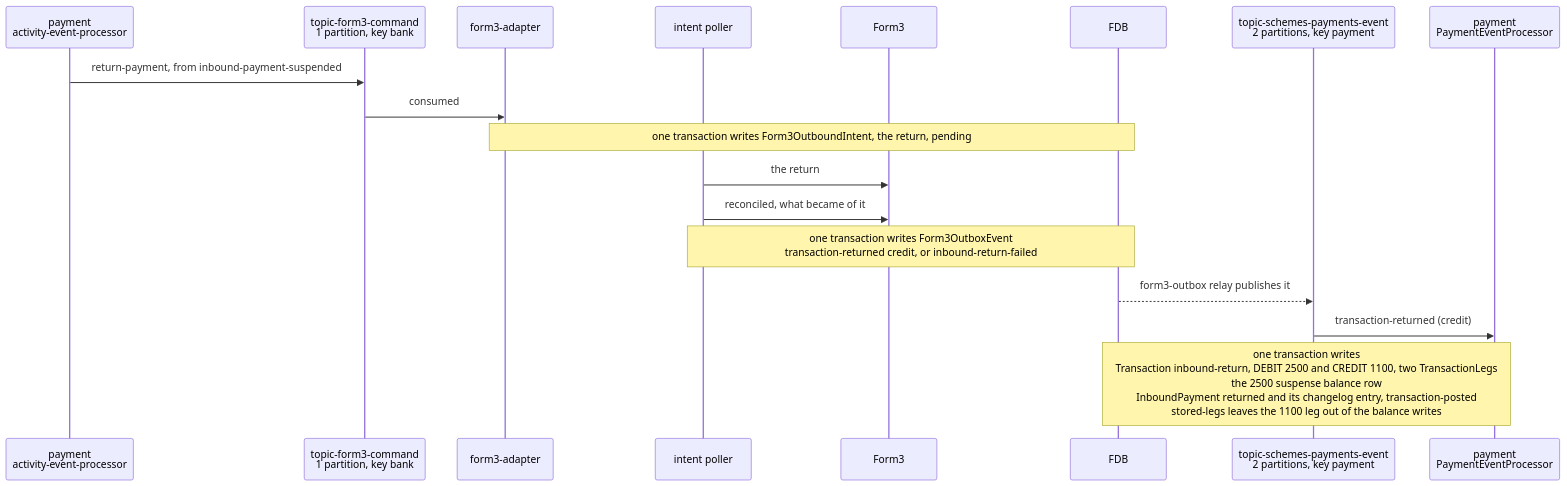
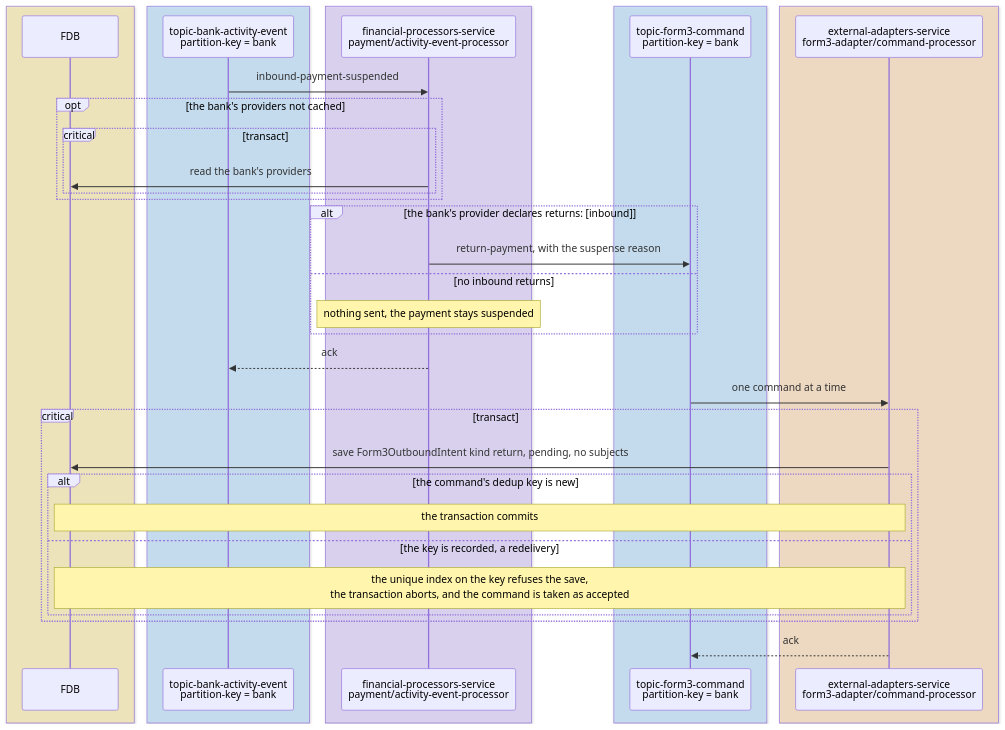
One commit to repldriven/queenswood changed diagram 13 of 15 in docs/tdd/payments-inbound.md. Above: the diagram before and after it, drawn with Mermaid. The commit also changed other lines of this file and 3 other files, not shown here.

````diff
--- a/docs/tdd/payments-inbound.md
+++ b/docs/tdd/payments-inbound.md
@@ -201,20 +633,40 @@
 ```mermaid
 sequenceDiagram
-    participant AP as payment<br/>activity-event-processor
-    participant FC as topic-form3-command<br/>1 partition, key bank
-    participant AD as form3-adapter
-    participant IP as intent poller
-    participant PR as Form3
+    box rgba(255, 236, 153, 0.5)
     participant DB as FDB
-    participant SE as topic-schemes-payments-event<br/>2 partitions, key payment
-    participant PE as payment<br/>PaymentEventProcessor
-    AP->>FC: return-payment, from inbound-payment-suspended
-    FC->>AD: consumed
-    Note over AD,DB: one transaction writes Form3OutboundIntent, the return, pending
-    IP->>PR: the return
-    IP->>PR: reconciled, what became of it
-    Note over IP,DB: one transaction writes Form3OutboxEvent<br/>transaction-returned credit, or inbound-return-failed
-    DB-->>SE: form3-outbox relay publishes it
-    SE->>PE: transaction-returned (credit)
-    Note over PE,DB: one transaction writes<br/>Transaction inbound-return, DEBIT 2500 and CREDIT 1100, two TransactionLegs<br/>the 2500 suspense balance row<br/>InboundPayment returned and its changelog entry, transaction-posted<br/>stored-legs leaves the 1100 leg out of the balance writes
+    end
+    box rgba(165, 216, 255, 0.45)
+    participant AE as topic-bank-activity-event<br/>partition-key = bank
+    end
+    box rgba(208, 191, 255, 0.45)
+    participant AP as financial-processors-service<br/>payment/activity-event-processor
+    end
+    box rgba(165, 216, 255, 0.45)
+    participant FC as topic-form3-command<br/>partition-key = bank
+    end
+    box rgba(255, 216, 168, 0.5)
+    participant AD as external-adapters-service<br/>form3-adapter/command-processor
+    end
+    AE->>AP: inbound-payment-suspended
+    opt the bank's providers not cached
+    critical transact
+    AP->>DB: read the bank's providers
+    end
+    end
+    alt the bank's provider declares returns: [inbound]
+    AP->>FC: return-payment, with the suspense reason
+    else no inbound returns
+    Note over AP: nothing sent, the payment stays suspended
+    end
+    AP-->>AE: ack
+    FC->>AD: one command at a time
+    critical transact
+    AD->>DB: save Form3OutboundIntent kind return, pending, no subjects
+    alt the command's dedup key is new
+    Note over AD,DB: the transaction commits
+    else the key is recorded, a redelivery
+    Note over AD,DB: the unique index on the key refuses the save,<br/>the transaction aborts, and the command is taken as accepted
+    end
+    end
+    AD-->>FC: ack
 ```
````
